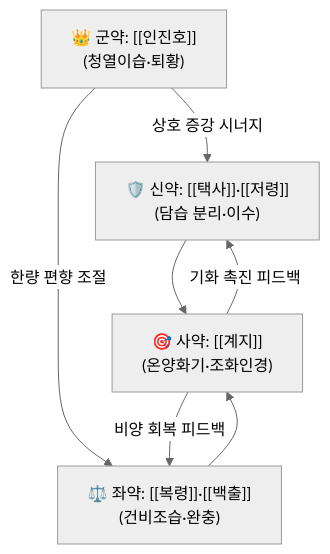
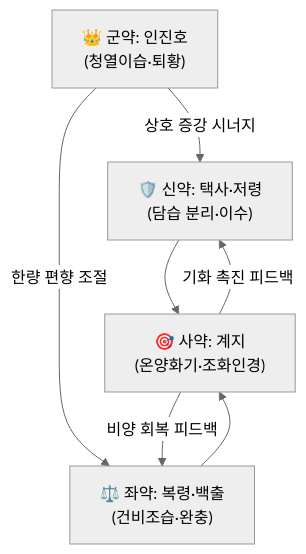
The diagram in content/2. 약리 공부/처방/03_화담·거습·이수제/인진위령탕.md (simbio11/simbio-digital-garden2), drawn with Mermaid (neutral theme) before and after one commit. The commit also changed other lines of this file and 122 other files, not shown here.

````diff
--- a/content/2. 약리 공부/처방/03_화담·거습·이수제/인진위령탕.md
+++ b/content/2. 약리 공부/처방/03_화담·거습·이수제/인진위령탕.md
@@ -63,9 +63,9 @@
 ```mermaid
 graph TD
-    Gun["👑 군약: [[인진호]]<br>(청열이습·퇴황)"] -->|상호 증강 시너지| Sin["🛡️ 신약: [[택사]]·[[저령]]<br>(담습 분리·이수)"]
-    Gun -->|한량 편향 조절| Jwa["⚖️ 좌약: [[복령]]·[[백출]]<br>(건비조습·완충)"]
-    Sin --> Sa["🎯 사약: [[계지]]<br>(온양화기·조화인경)"]
+    Gun["👑 군약: 인진호<br>(청열이습·퇴황)"] -->|상호 증강 시너지| Sin["🛡️ 신약: 택사·저령<br>(담습 분리·이수)"]
+    Gun -->|한량 편향 조절| Jwa["⚖️ 좌약: 복령·백출<br>(건비조습·완충)"]
+    Sin --> Sa["🎯 사약: 계지<br>(온양화기·조화인경)"]
     Jwa --> Sa
     Sa -->|기화 촉진 피드백| Sin
     Sa -->|비양 회복 피드백| Jwa
 ```
````
